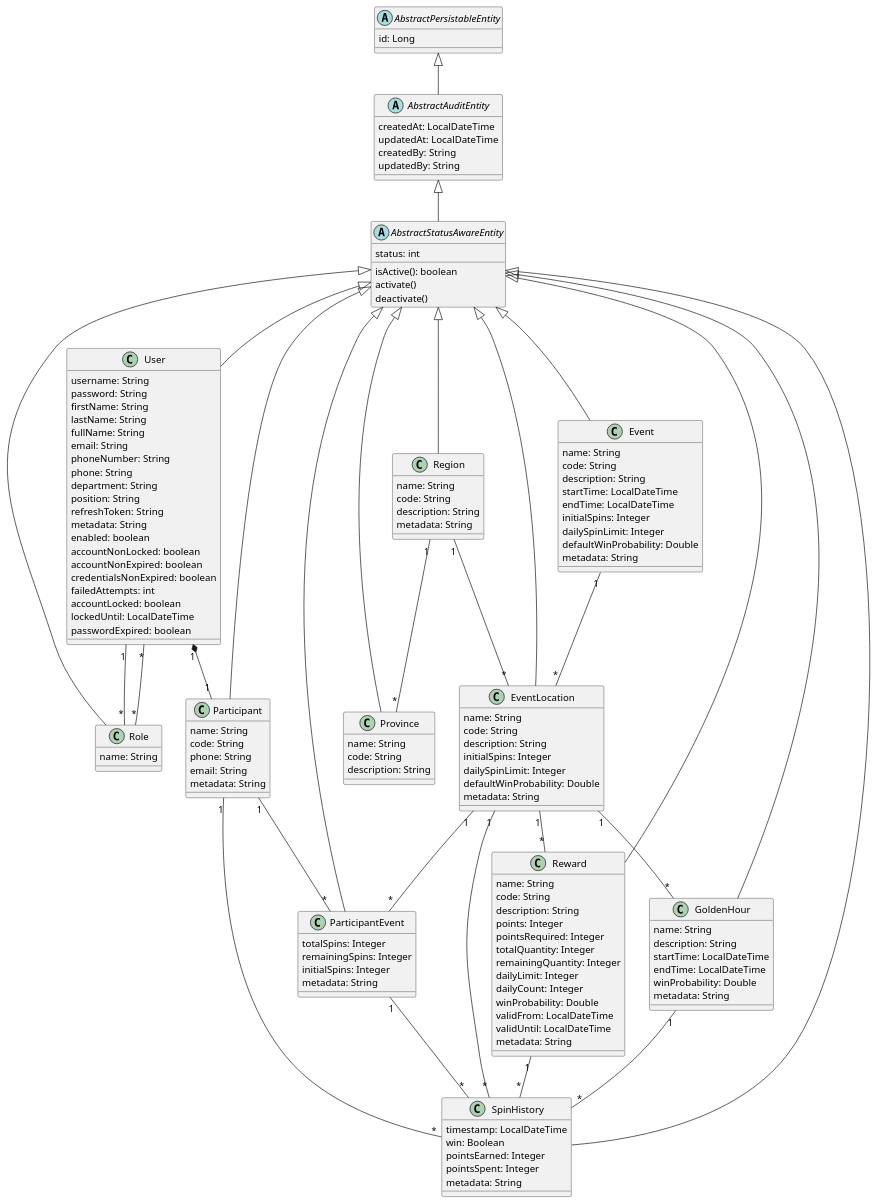
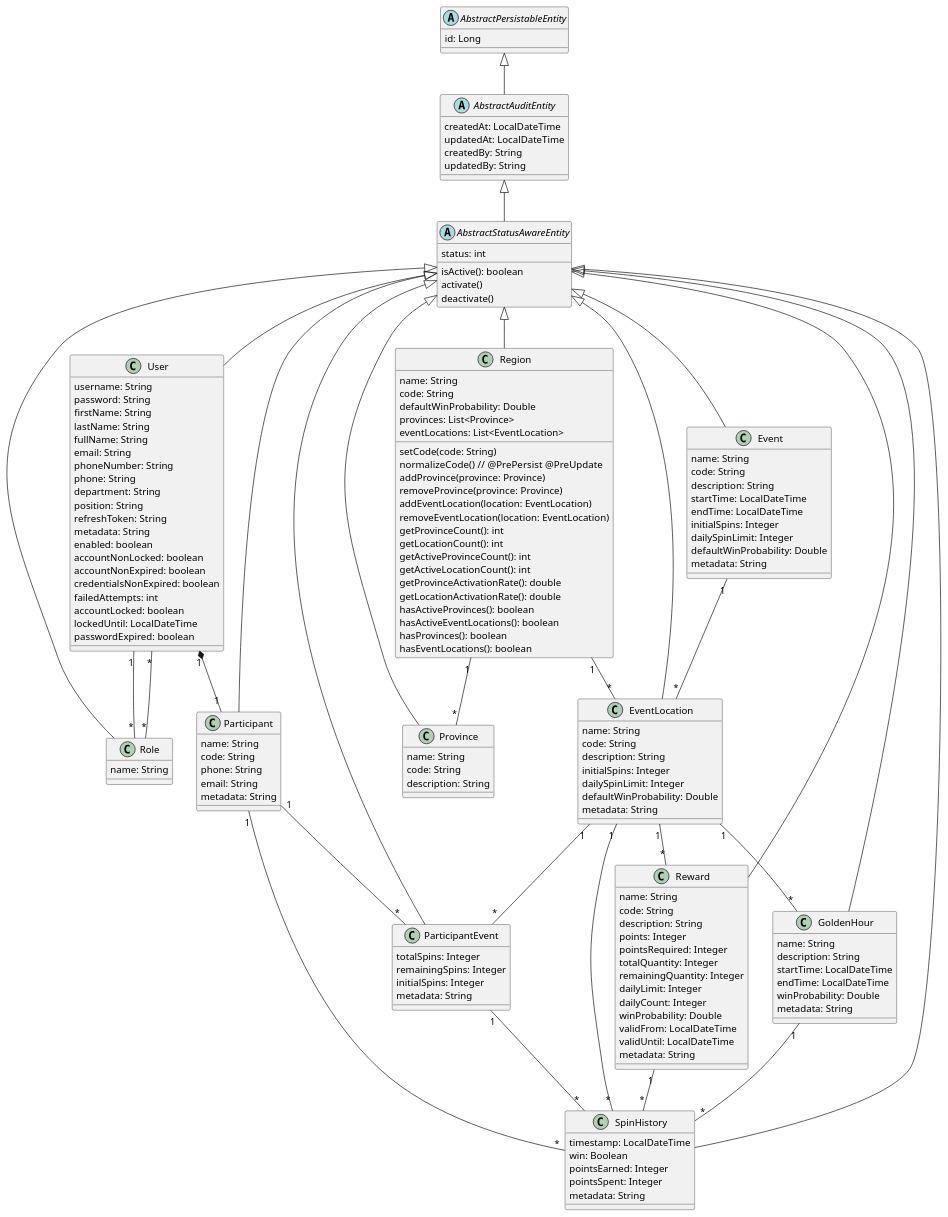
One commit to dnguyenminh/luckydraw-cline changed the diagram in src/main/resources/diagram/entities.puml. Above: the diagram before and after it, drawn with PlantUML. The commit also changed 23 other files, not shown here.

```diff
--- a/src/main/resources/diagram/entities.puml
+++ b/src/main/resources/diagram/entities.puml
@@ -1,165 +1,183 @@
 @startuml Entities
 
 ' Abstract base entities
 abstract class AbstractPersistableEntity {
     id: Long
 }
 
 abstract class AbstractAuditEntity {
     createdAt: LocalDateTime
     updatedAt: LocalDateTime
     createdBy: String
     updatedBy: String
 }
 
 abstract class AbstractStatusAwareEntity {
     status: int
     isActive(): boolean
     activate()
     deactivate()
 }
 
 ' Main entities
 class User {
     username: String
     password: String
     firstName: String
     lastName: String
     fullName: String
     email: String
     phoneNumber: String
     phone: String
     department: String
     position: String
     refreshToken: String
     metadata: String
     enabled: boolean
     accountNonLocked: boolean
     accountNonExpired: boolean
     credentialsNonExpired: boolean
     failedAttempts: int
     accountLocked: boolean
     lockedUntil: LocalDateTime
     passwordExpired: boolean
 }
 
 class Role {
     name: String
 }
 
 class Event {
     name: String
     code: String
     description: String
     startTime: LocalDateTime
     endTime: LocalDateTime
     initialSpins: Integer
     dailySpinLimit: Integer
     defaultWinProbability: Double
     metadata: String
 }
 
 class EventLocation {
     name: String
     code: String
     description: String
     initialSpins: Integer
     dailySpinLimit: Integer
     defaultWinProbability: Double
     metadata: String
 }
 
 class Region {
     name: String
     code: String
-    description: String
-    metadata: String
+    defaultWinProbability: Double
+    provinces: List<Province>
+    eventLocations: List<EventLocation>
+
+    setCode(code: String)
+    normalizeCode()  // @PrePersist @PreUpdate
+    addProvince(province: Province)
+    removeProvince(province: Province)
+    addEventLocation(location: EventLocation)
+    removeEventLocation(location: EventLocation)
+    getProvinceCount(): int
+    getLocationCount(): int
+    getActiveProvinceCount(): int
+    getActiveLocationCount(): int
+    getProvinceActivationRate(): double
+    getLocationActivationRate(): double
+    hasActiveProvinces(): boolean
+    hasActiveEventLocations(): boolean
+    hasProvinces(): boolean
+    hasEventLocations(): boolean
 }
 
 class Province {
     name: String
     code: String
     description: String
 }
 
 class Participant {
     name: String
     code: String
     phone: String
     email: String
     metadata: String
 }
 
 class ParticipantEvent {
     totalSpins: Integer
     remainingSpins: Integer
     initialSpins: Integer
     metadata: String
 }
 
 class Reward {
     name: String
     code: String
     description: String
     points: Integer
     pointsRequired: Integer
     totalQuantity: Integer
     remainingQuantity: Integer
     dailyLimit: Integer
     dailyCount: Integer
     winProbability: Double
     validFrom: LocalDateTime
     validUntil: LocalDateTime
     metadata: String
 }
 
 class GoldenHour {
     name: String
     description: String
     startTime: LocalDateTime
     endTime: LocalDateTime
     winProbability: Double
     metadata: String
 }
 
 class SpinHistory {
     timestamp: LocalDateTime
     win: Boolean
     pointsEarned: Integer
     pointsSpent: Integer
     metadata: String
 }
 
 ' Inheritance relationships
 AbstractPersistableEntity <|-- AbstractAuditEntity
 AbstractAuditEntity <|-- AbstractStatusAwareEntity
 AbstractStatusAwareEntity <|-- User
 AbstractStatusAwareEntity <|-- Role
 AbstractStatusAwareEntity <|-- Event
 AbstractStatusAwareEntity <|-- EventLocation
 AbstractStatusAwareEntity <|-- Region
 AbstractStatusAwareEntity <|-- Province
 AbstractStatusAwareEntity <|-- Participant
 AbstractStatusAwareEntity <|-- ParticipantEvent
 AbstractStatusAwareEntity <|-- Reward
 AbstractStatusAwareEntity <|-- GoldenHour
 AbstractStatusAwareEntity <|-- SpinHistory
 
 ' Entity relationships
 User "1" *-- "1" Participant
 User "1" -- "*" Role
 Role "*" -- "*" User
 Event "1" -- "*" EventLocation
 EventLocation "1" -- "*" ParticipantEvent
 EventLocation "1" -- "*" Reward
 EventLocation "1" -- "*" GoldenHour
 EventLocation "1" -- "*" SpinHistory
 Region "1" -- "*" Province
 Region "1" -- "*" EventLocation
 Participant "1" -- "*" ParticipantEvent
 Participant "1" -- "*" SpinHistory
 ParticipantEvent "1" -- "*" SpinHistory
 Reward "1" -- "*" SpinHistory
 GoldenHour "1" -- "*" SpinHistory
 
 @enduml
```
